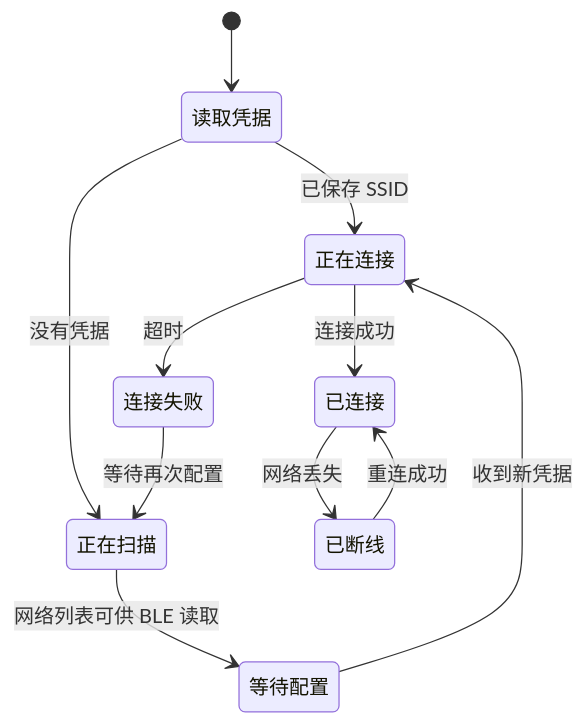
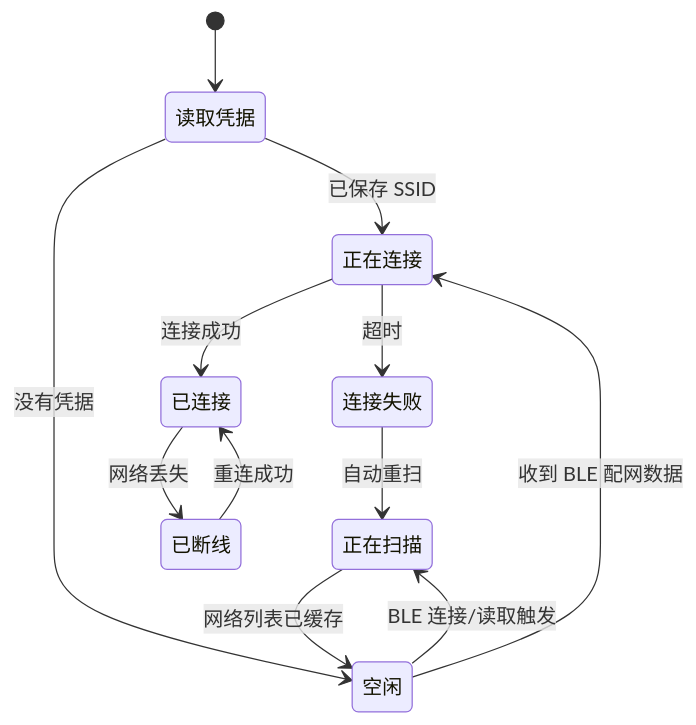
One commit to qujsh/auto-door changed the diagram in docs/30-WiFi管理.md. Above: the diagram before and after it, drawn with Mermaid. The commit also changed other lines of this file and 7 other files, not shown here.

````diff
--- a/docs/30-WiFi管理.md
+++ b/docs/30-WiFi管理.md
@@ -14,13 +14,14 @@
 ```mermaid
 stateDiagram-v2
     [*] --> 读取凭据
     读取凭据 --> 正在连接: 已保存 SSID
-    读取凭据 --> 正在扫描: 没有凭据
-    正在扫描 --> 等待配置: 网络列表可供 BLE 读取
-    等待配置 --> 正在连接: 收到新凭据
+    读取凭据 --> 空闲: 没有凭据
+    空闲 --> 正在扫描: BLE 连接/读取触发
+    正在扫描 --> 空闲: 网络列表已缓存
+    空闲 --> 正在连接: 收到 BLE 配网数据
     正在连接 --> 已连接: 连接成功
     正在连接 --> 连接失败: 超时
-    连接失败 --> 正在扫描: 等待再次配置
+    连接失败 --> 正在扫描: 自动重扫
     已连接 --> 已断线: 网络丢失
     已断线 --> 已连接: 重连成功
 ```
````
